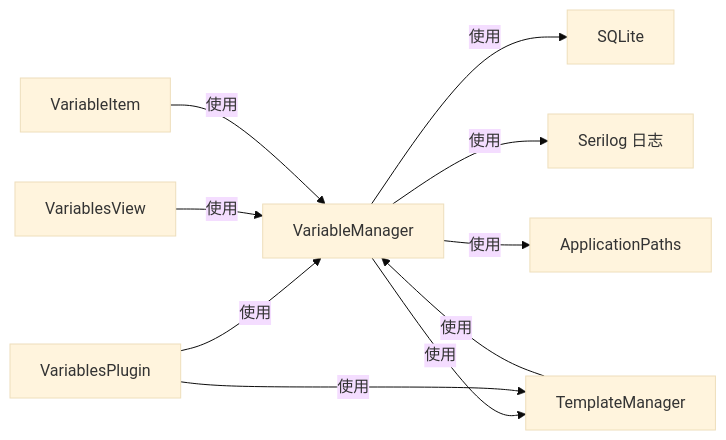
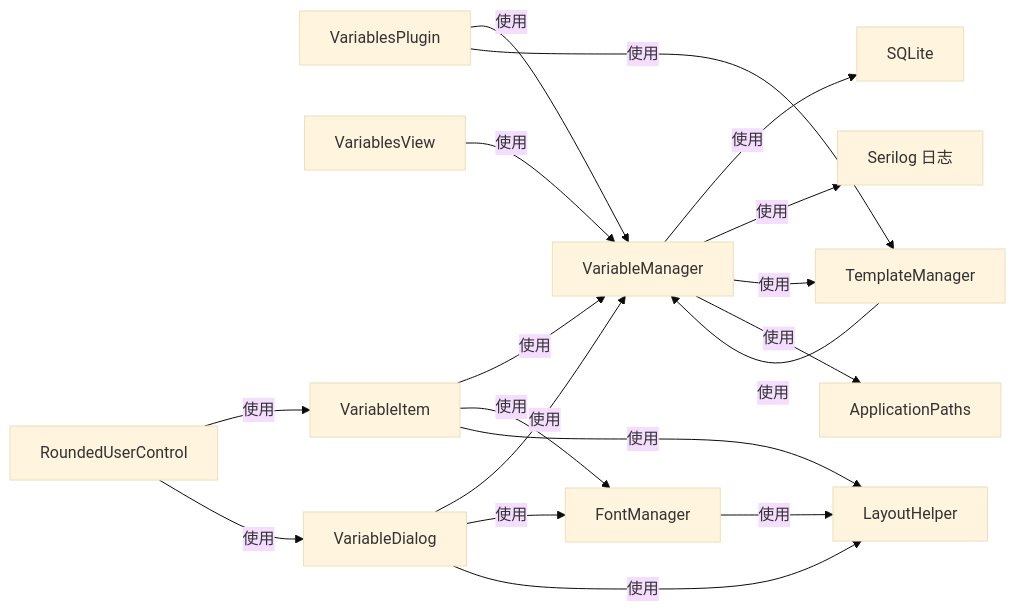
One commit to tea4go/Macro-Deck changed the tenth of 10 diagrams in .qoder/repowiki/zh/content/变量系统/变量系统.md. Above: the diagram before and after it, drawn with Mermaid (base theme). The commit also changed other lines of this file and 63 other files, not shown here.

````diff
--- a/.qoder/repowiki/zh/content/变量系统/变量系统.md
+++ b/.qoder/repowiki/zh/content/变量系统/变量系统.md
@@ -376,12 +493,20 @@
 ```mermaid
 graph LR
 VM["VariableManager"] --> |使用| SQLite["SQLite"]
 VM --> |使用| Log["Serilog 日志"]
 VM --> |使用| TM["TemplateManager"]
 VM --> |使用| Paths["ApplicationPaths"]
 TM --> |使用| VM
 VP["VariablesPlugin"] --> |使用| VM
 VP --> |使用| TM
 VV["VariablesView"] --> |使用| VM
 VI["VariableItem"] --> |使用| VM
+VI --> |使用| FM["FontManager"]
+VI --> |使用| LH["LayoutHelper"]
+VD["VariableDialog"] --> |使用| VM
+VD --> |使用| FM
+VD --> |使用| LH
+RUC["RoundedUserControl"] --> |使用| VI
+RUC --> |使用| VD
+FM --> |使用| LH
 ```
````
